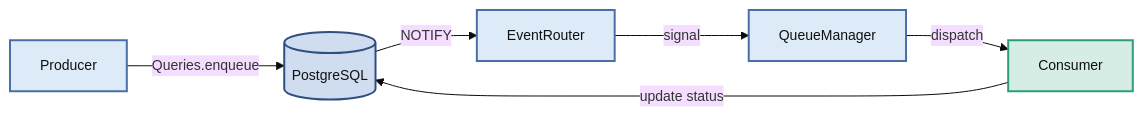
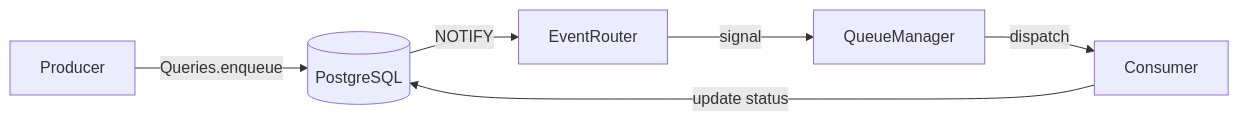
One commit to janbjorge/pgqueuer changed the first of 3 diagrams in docs/reference/architecture.md. Above: the diagram before and after it, drawn with Mermaid. The commit also changed other lines of this file and 4 other files, not shown here.

First line of the commit message:
fix: make Mermaid diagrams readable in both light and dark mode

````diff
--- a/docs/reference/architecture.md
+++ b/docs/reference/architecture.md
@@ -9,25 +9,8 @@
 ```mermaid
-%%{init: {'theme': 'base', 'themeVariables': {'fontSize': '14px', 'fontFamily': 'Inter, sans-serif'}}}%%
 flowchart LR
-    P[Producer]
-    DB[(PostgreSQL)]
-    R[EventRouter]
-    QM[QueueManager]
-    C[Consumer]
-
-    P -->|Queries.enqueue| DB
-    DB -->|NOTIFY| R
-    R -->|signal| QM
-    QM -->|dispatch| C
+    P[Producer] -->|Queries.enqueue| DB[(PostgreSQL)]
+    DB -->|NOTIFY| R[EventRouter]
+    R -->|signal| QM[QueueManager]
+    QM -->|dispatch| C[Consumer]
     C -->|update status| DB
-
-    classDef producer fill:#DDEAF7,stroke:#4A6FA5,stroke-width:2px,color:#111
-    classDef database fill:#D0DCF0,stroke:#2E5080,stroke-width:2px,color:#111
-    classDef router   fill:#DDEAF7,stroke:#4A6FA5,stroke-width:2px,color:#111
-    classDef consumer fill:#D5EDE5,stroke:#2D9D78,stroke-width:2px,color:#111
-
-    class P producer
-    class DB database
-    class R,QM router
-    class C consumer
 ```
````
